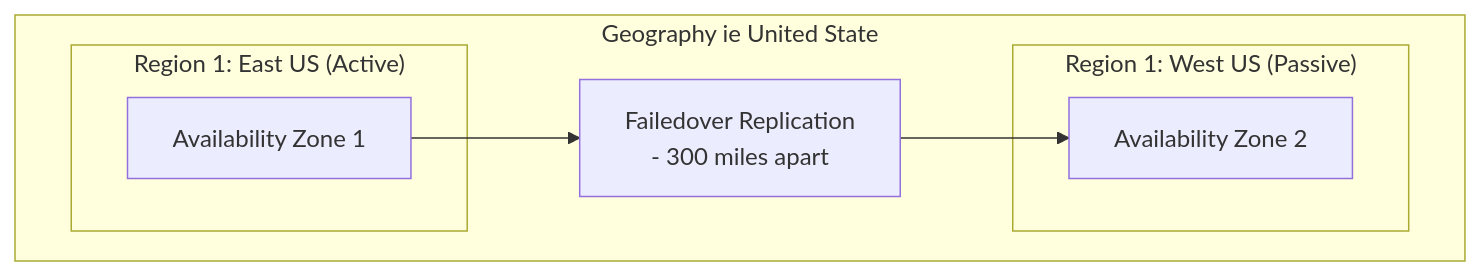
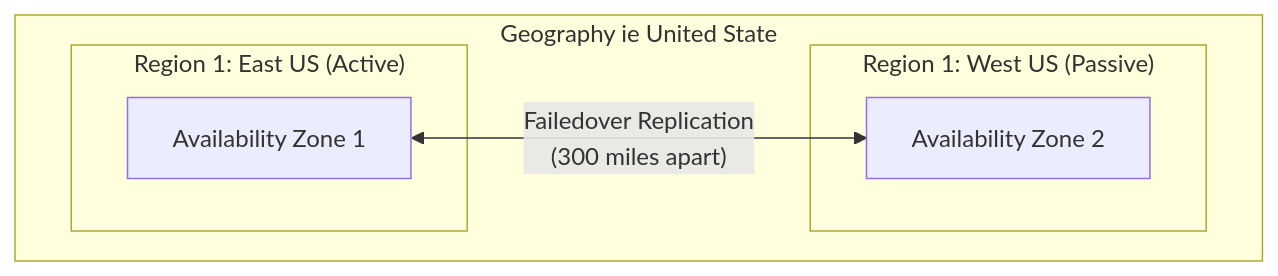
One commit to iamteppei/iamteppei.github.io changed the third of 5 diagrams in _posts/2026/05/31/2026-05-31-azure-explained-through-diagrams-core-components-of-azure-part-1.md. Above: the diagram before and after it, drawn with Mermaid. The commit also changed other lines of this file, not shown here.

First line of the commit message:
docs(post): update Azure diagram section

````diff
--- a/_posts/2026/05/31/2026-05-31-azure-explained-through-diagrams-core-components-of-azure-part-1.md
+++ b/_posts/2026/05/31/2026-05-31-azure-explained-through-diagrams-core-components-of-azure-part-1.md
@@ -63,22 +62,21 @@
 ```mermaid
 graph LR
 
     subgraph G["Geography ie United State"]
         direction LR
         subgraph R1["Region 1: East US (Active)"]
 
             AZ1["Availability Zone 1"]
 
         end
 
         subgraph R2["Region 1: West US (Passive)"]
 
             AZ2["Availability Zone 2"]
         end
 
-        AZ1 --> FailOver["`Failedover Replication
-            - 300 miles apart
-        `"]
-        FailOver --> AZ2
+        AZ1 <--> |"`Failedover Replication
+            (300 miles apart)
+        `"| AZ2
     end
 ```
````
